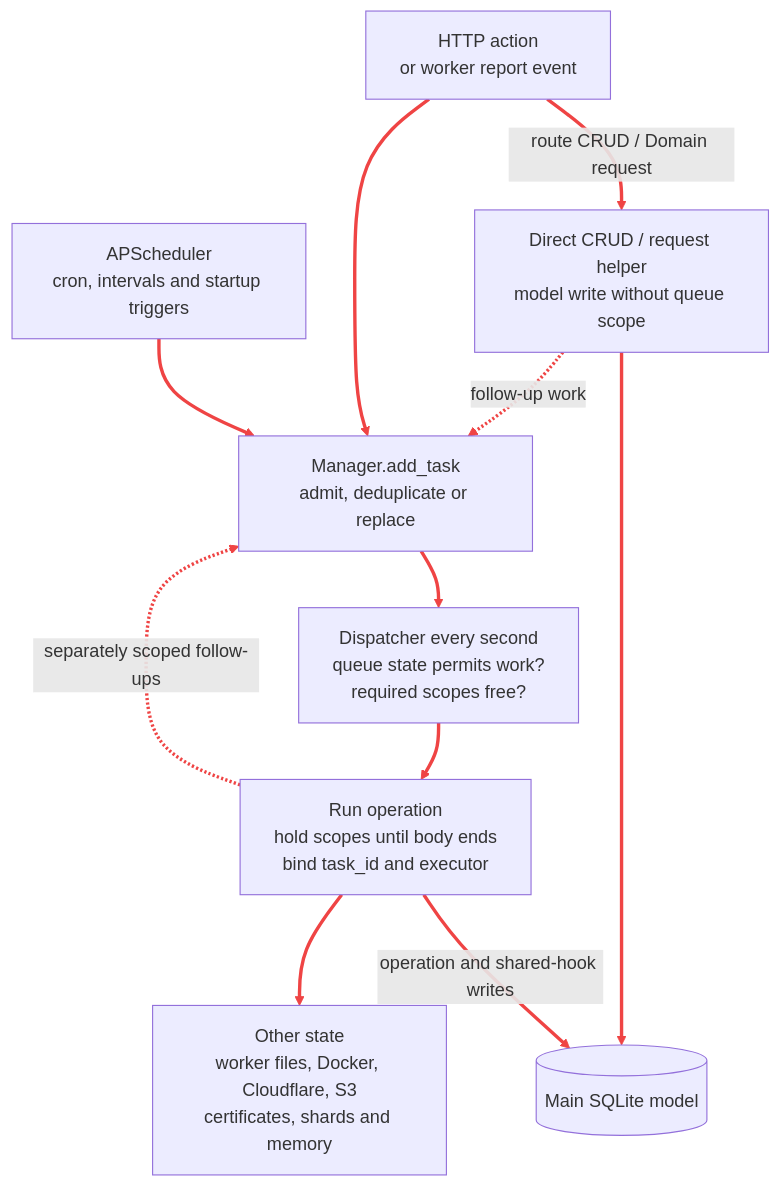
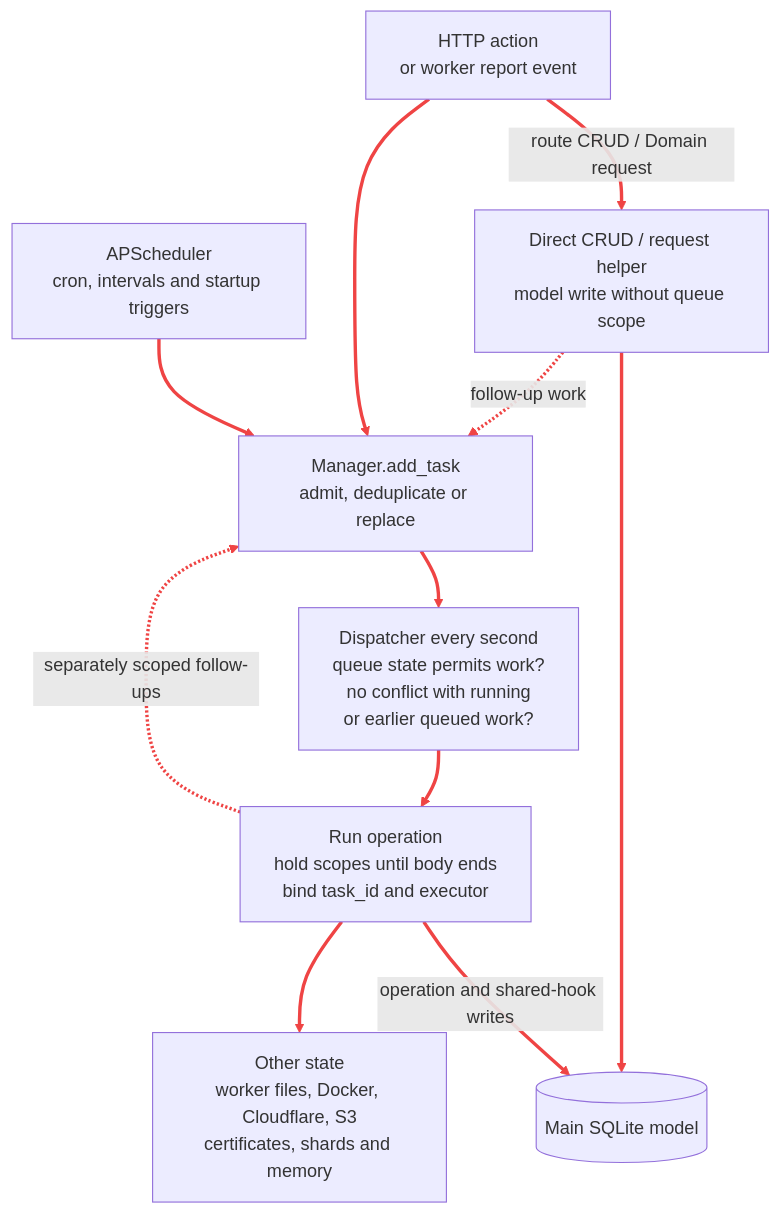
One commit to v31-dev/sage changed the first of 4 diagrams in docs/operations.md. Above: the diagram before and after it, drawn with Mermaid. The commit also changed other lines of this file and 8 other files, not shown here.

````diff
--- a/docs/operations.md
+++ b/docs/operations.md
@@ -22,22 +22,22 @@
 ```mermaid
 %%{init: {"themeVariables": {"lineColor": "#ef4444"}, "themeCSS": ".marker { overflow: visible; } .arrowMarkerPath { stroke-width: 2px !important; } .edge-pattern-dotted { stroke-dasharray: 8 6 !important; }"}}%%
 flowchart TB
     clock["APScheduler<br/>cron, intervals and startup triggers"]
     route["HTTP action<br/>or worker report event"]
     direct["Direct CRUD / request helper<br/>model write without queue scope"]
     queue["Manager.add_task<br/>admit, deduplicate or replace"]
-    tick["Dispatcher every second<br/>queue state permits work?<br/>required scopes free?"]
+    tick["Dispatcher every second<br/>queue state permits work?<br/>no conflict with running<br/>or earlier queued work?"]
     task["Run operation<br/>hold scopes until body ends<br/>bind task_id and executor"]
     main[("Main SQLite model")]
     effects["Other state<br/>worker files, Docker, Cloudflare, S3<br/>certificates, shards and memory"]
 
     clock --> queue
     route -->|"route CRUD / Domain request"| direct --> main
     route --> queue
     direct -.->|"follow-up work"| queue
     queue --> tick --> task
     task -->|"operation and shared-hook writes"| main
     task --> effects
     task -.->|"separately scoped follow-ups"| queue
     linkStyle default stroke:#ef4444,stroke-width:3px
 ```
````
